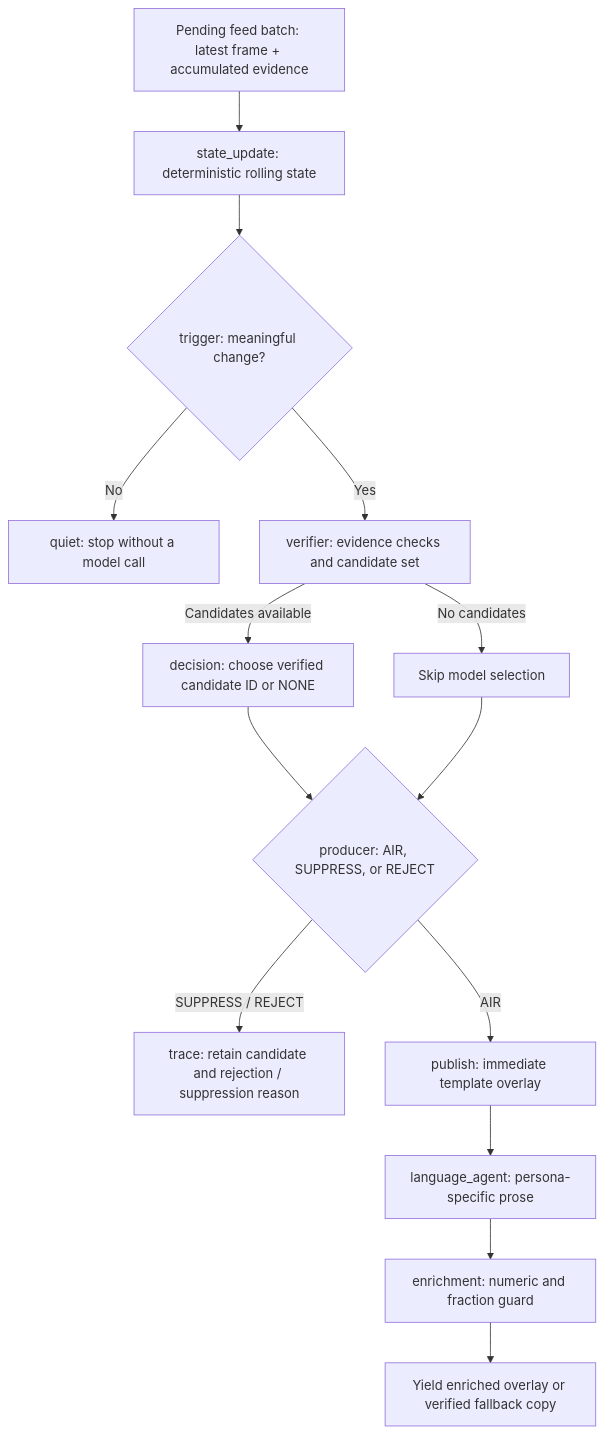
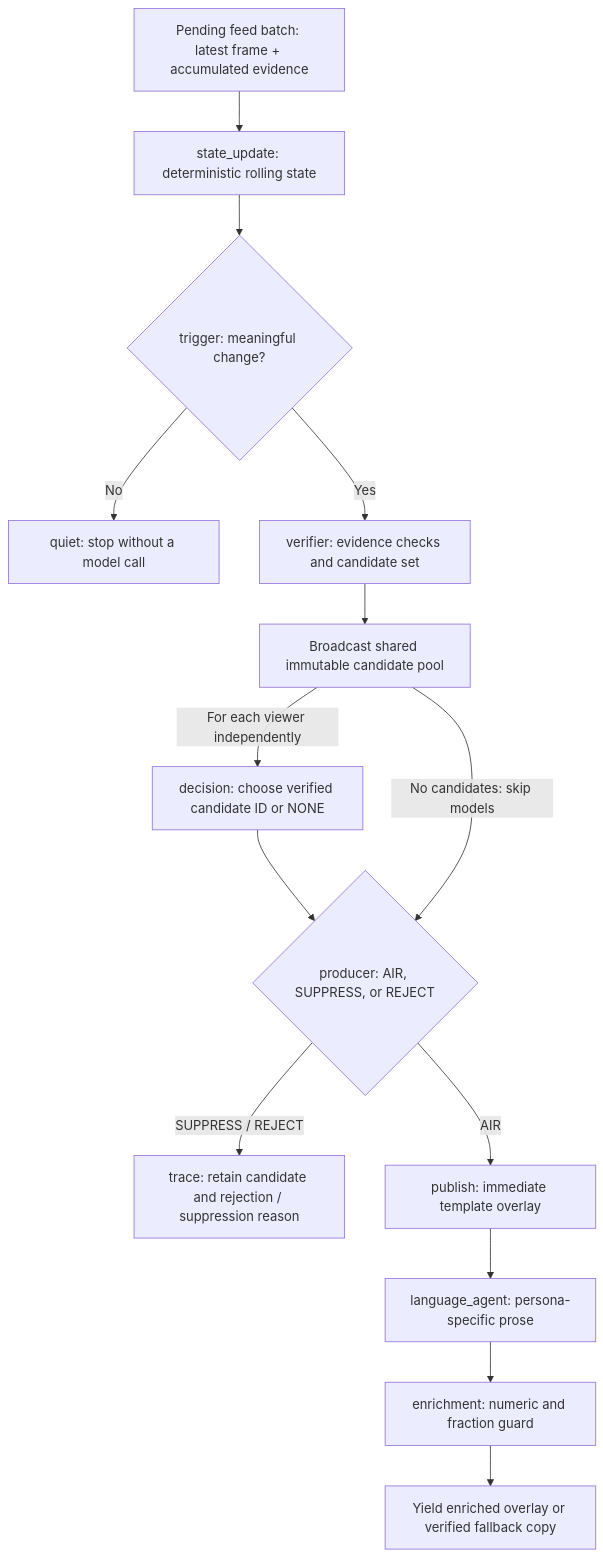
One commit to shantanu1singh/matchos changed the second of 4 diagrams in ARCHITECTURE.md. Above: the diagram before and after it, drawn with Mermaid. The commit also changed other lines of this file and 17 other files, not shown here.

````diff
--- a/ARCHITECTURE.md
+++ b/ARCHITECTURE.md
@@ -68,23 +72,24 @@
 ```mermaid
 flowchart TD
     Tick["Pending feed batch: latest frame + accumulated evidence"]
     State["state_update: deterministic rolling state"]
     Trigger{"trigger: meaningful change?"}
     Quiet["quiet: stop without a model call"]
     Decision["decision: choose verified candidate ID or NONE"]
     Verify["verifier: evidence checks and candidate set"]
     Produce{"producer: AIR, SUPPRESS, or REJECT"}
     Trace["trace: retain candidate and rejection / suppression reason"]
     Publish["publish: immediate template overlay"]
     Agent["language_agent: persona-specific prose"]
     Guard["enrichment: numeric and fraction guard"]
     Enriched["Yield enriched overlay or verified fallback copy"]
 
     Tick --> State --> Trigger
     Trigger -->|"No"| Quiet
     Trigger -->|"Yes"| Verify
-    Verify -->|"Candidates available"| Decision --> Produce
-    Verify -->|"No candidates"| Skip["Skip model selection"] --> Produce
+    Verify --> Pool["Broadcast shared immutable candidate pool"]
+    Pool -->|"For each viewer independently"| Decision --> Produce
+    Pool -->|"No candidates: skip models"| Produce
     Produce -->|"SUPPRESS / REJECT"| Trace
     Produce -->|"AIR"| Publish --> Agent --> Guard --> Enriched
 ```
````
